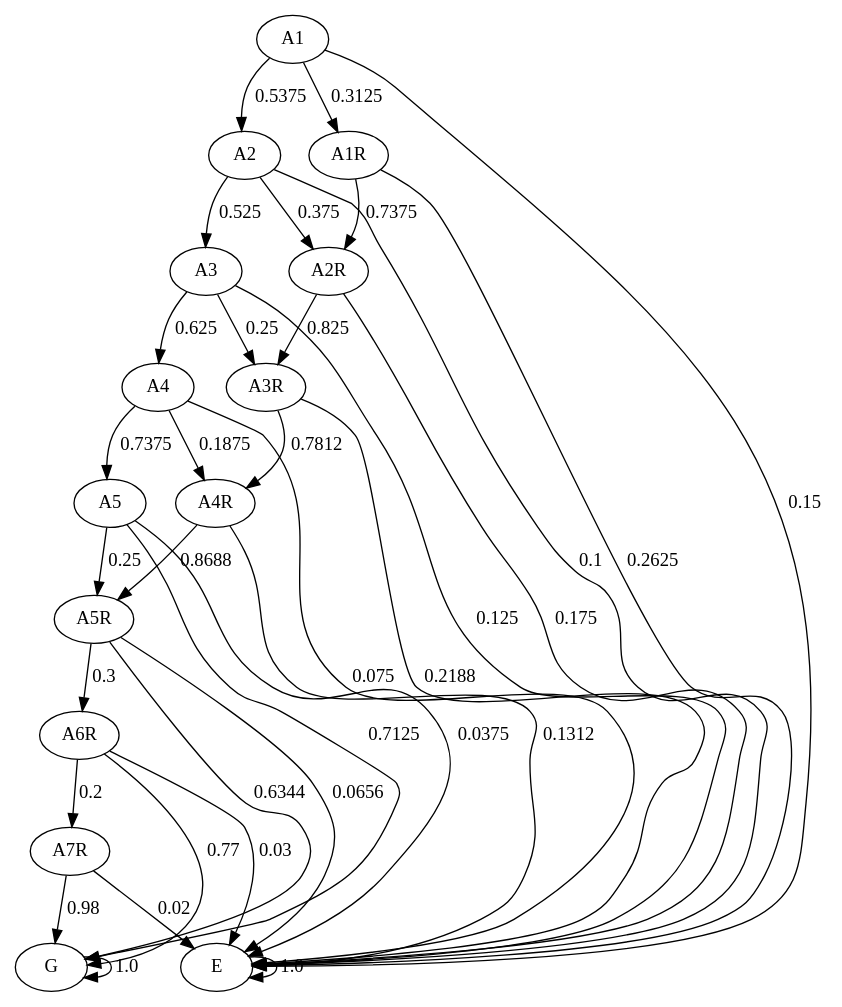
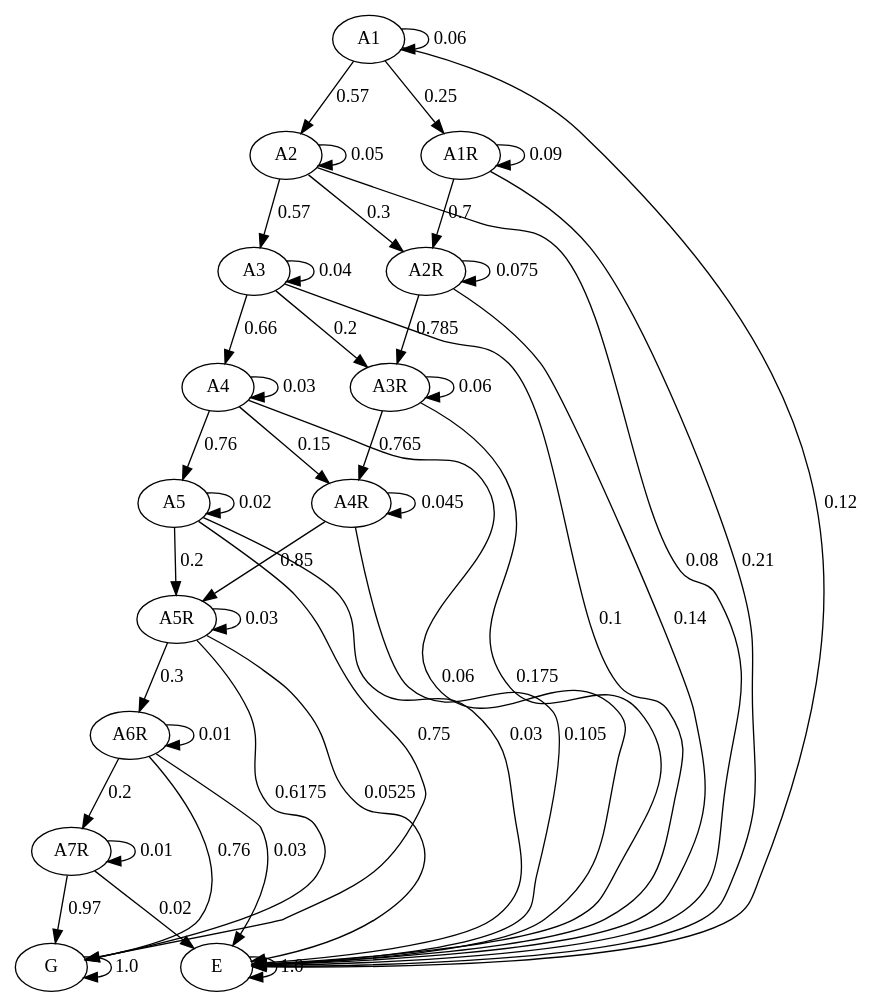
The diagram in graph/markov.dot (JulianaFerreira/educacao), drawn with Graphviz before and after one commit. The commit also changed 8 other files, not shown here.

```diff
--- a/graph/markov.dot
+++ b/graph/markov.dot
@@ -1,49 +1,61 @@
 digraph  {
 A1;
 A2;
 A3;
 A4;
 A5;
 A1R;
 A2R;
 A3R;
 A4R;
 A5R;
 A6R;
 A7R;
 G;
 E;
-A1 -> A2  [key=0, label="0.5375", weight="0.5375"];
-A1 -> A1R  [key=0, label="0.3125", weight="0.3125"];
-A1 -> E  [key=0, label="0.15", weight="0.15"];
-A2 -> A3  [key=0, label="0.525", weight="0.525"];
-A2 -> A2R  [key=0, label="0.375", weight="0.375"];
-A2 -> E  [key=0, label="0.1", weight="0.1"];
-A3 -> A4  [key=0, label="0.625", weight="0.625"];
-A3 -> A3R  [key=0, label="0.25", weight="0.25"];
-A3 -> E  [key=0, label="0.125", weight="0.125"];
-A4 -> A5  [key=0, label="0.7375", weight="0.7375"];
-A4 -> A4R  [key=0, label="0.1875", weight="0.1875"];
-A4 -> E  [key=0, label="0.075", weight="0.075"];
-A5 -> A5R  [key=0, label="0.25", weight="0.25"];
-A5 -> G  [key=0, label="0.7125", weight="0.7125"];
-A5 -> E  [key=0, label="0.0375", weight="0.0375"];
-A1R -> A2R  [key=0, label="0.7375", weight="0.7375"];
-A1R -> E  [key=0, label="0.2625", weight="0.2625"];
-A2R -> A3R  [key=0, label="0.825", weight="0.825"];
-A2R -> E  [key=0, label="0.175", weight="0.175"];
-A3R -> A4R  [key=0, label="0.7812", weight="0.7812"];
-A3R -> E  [key=0, label="0.2188", weight="0.2188"];
-A4R -> A5R  [key=0, label="0.8688", weight="0.8688"];
-A4R -> E  [key=0, label="0.1312", weight="0.1312"];
+A1 -> A1  [key=0, label="0.06", weight="0.06"];
+A1 -> A2  [key=0, label="0.57", weight="0.57"];
+A1 -> A1R  [key=0, label="0.25", weight="0.25"];
+A1 -> E  [key=0, label="0.12", weight="0.12"];
+A2 -> A2  [key=0, label="0.05", weight="0.05"];
+A2 -> A3  [key=0, label="0.57", weight="0.57"];
+A2 -> A2R  [key=0, label="0.3", weight="0.3"];
+A2 -> E  [key=0, label="0.08", weight="0.08"];
+A3 -> A3  [key=0, label="0.04", weight="0.04"];
+A3 -> A4  [key=0, label="0.66", weight="0.66"];
+A3 -> A3R  [key=0, label="0.2", weight="0.2"];
+A3 -> E  [key=0, label="0.1", weight="0.1"];
+A4 -> A4  [key=0, label="0.03", weight="0.03"];
+A4 -> A5  [key=0, label="0.76", weight="0.76"];
+A4 -> A4R  [key=0, label="0.15", weight="0.15"];
+A4 -> E  [key=0, label="0.06", weight="0.06"];
+A5 -> A5  [key=0, label="0.02", weight="0.02"];
+A5 -> A5R  [key=0, label="0.2", weight="0.2"];
+A5 -> G  [key=0, label="0.75", weight="0.75"];
+A5 -> E  [key=0, label="0.03", weight="0.03"];
+A1R -> A1R  [key=0, label="0.09", weight="0.09"];
+A1R -> A2R  [key=0, label="0.7", weight="0.7"];
+A1R -> E  [key=0, label="0.21", weight="0.21"];
+A2R -> A2R  [key=0, label="0.075", weight="0.075"];
+A2R -> A3R  [key=0, label="0.785", weight="0.785"];
+A2R -> E  [key=0, label="0.14", weight="0.14"];
+A3R -> A3R  [key=0, label="0.06", weight="0.06"];
+A3R -> A4R  [key=0, label="0.765", weight="0.765"];
+A3R -> E  [key=0, label="0.175", weight="0.175"];
+A4R -> A4R  [key=0, label="0.045", weight="0.045"];
+A4R -> A5R  [key=0, label="0.85", weight="0.85"];
+A4R -> E  [key=0, label="0.105", weight="0.105"];
+A5R -> A5R  [key=0, label="0.03", weight="0.03"];
 A5R -> A6R  [key=0, label="0.3", weight="0.3"];
-A5R -> G  [key=0, label="0.6344", weight="0.6344"];
-A5R -> E  [key=0, label="0.0656", weight="0.0656"];
+A5R -> G  [key=0, label="0.6175", weight="0.6175"];
+A5R -> E  [key=0, label="0.0525", weight="0.0525"];
+A6R -> A6R  [key=0, label="0.01", weight="0.01"];
 A6R -> A7R  [key=0, label="0.2", weight="0.2"];
-A6R -> G  [key=0, label="0.77", weight="0.77"];
+A6R -> G  [key=0, label="0.76", weight="0.76"];
 A6R -> E  [key=0, label="0.03", weight="0.03"];
-A7R -> G  [key=0, label="0.98", weight="0.98"];
+A7R -> A7R  [key=0, label="0.01", weight="0.01"];
+A7R -> G  [key=0, label="0.97", weight="0.97"];
 A7R -> E  [key=0, label="0.02", weight="0.02"];
 G -> G  [key=0, label="1.0", weight="1.0"];
 E -> E  [key=0, label="1.0", weight="1.0"];
 }
```
